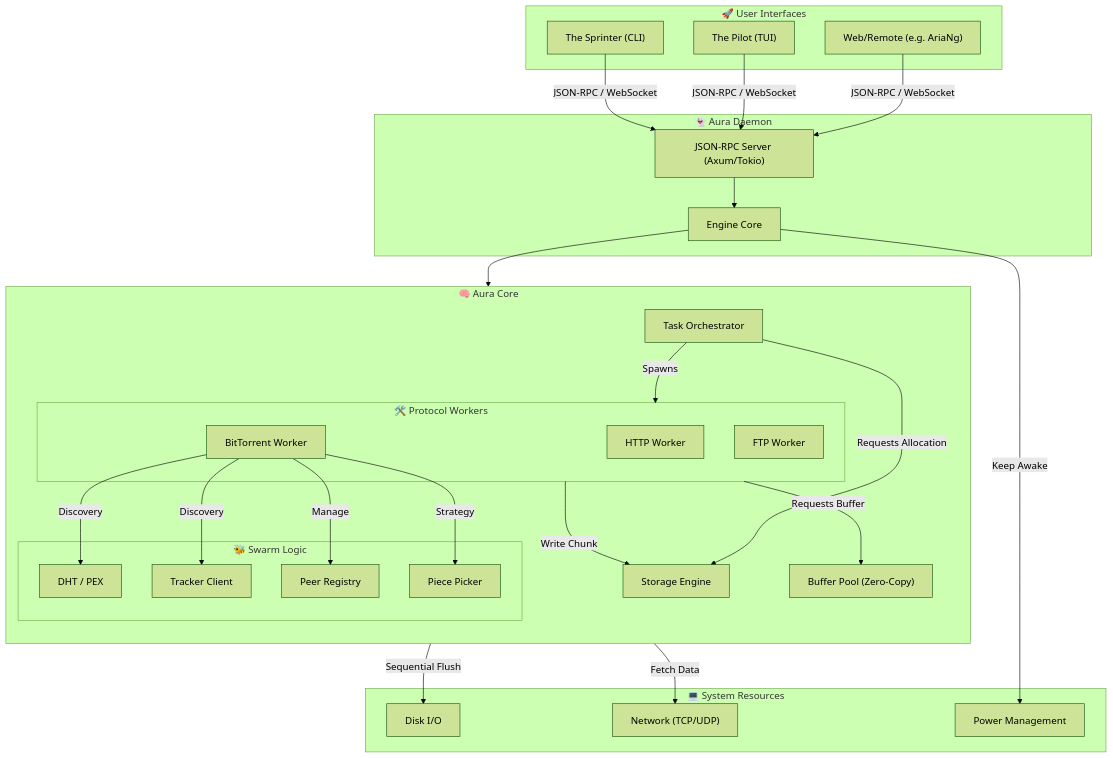
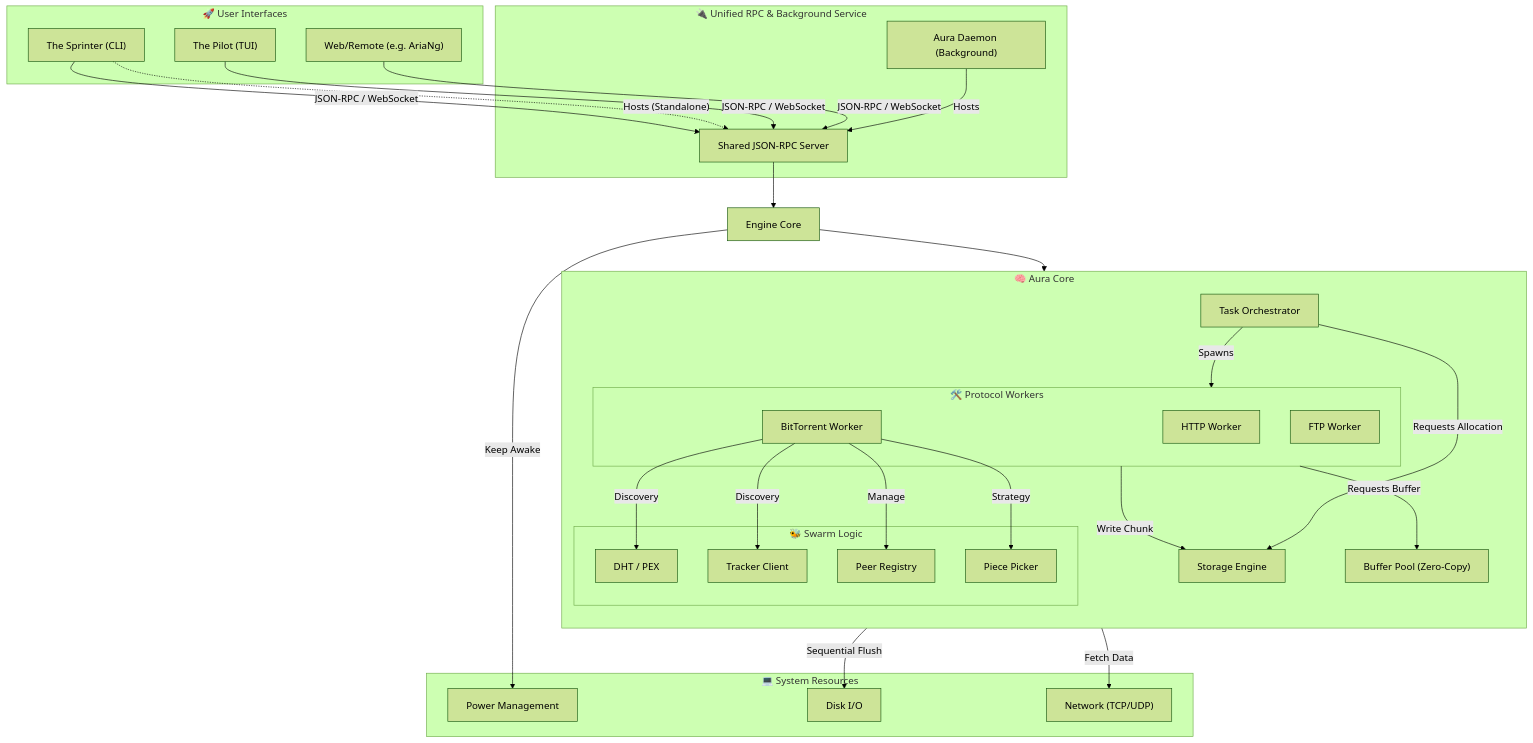
The first of 6 diagrams in aura-docs/project/ARCHITECTURE.md (ronmkr/aura), drawn with Mermaid (forest theme) before and after one commit. The commit also changed other lines of this file and 34 other files, not shown here.

````diff
--- a/aura-docs/project/ARCHITECTURE.md
+++ b/aura-docs/project/ARCHITECTURE.md
@@ -9,59 +9,61 @@
 ```mermaid
 flowchart TD
     subgraph Clients ["🚀 User Interfaces"]
         CLI["The Sprinter (CLI)"]
         TUI["The Pilot (TUI)"]
         Web["Web/Remote (e.g. AriaNg)"]
     end
 
-    subgraph Daemon ["👻 Aura Daemon"]
-        RPC["JSON-RPC Server (Axum/Tokio)"]
-        Engine["Engine Core"]
+    subgraph Unified_RPC ["🔌 Unified RPC & Background Service"]
+        Daemon["Aura Daemon (Background)"]
+        RPC["Shared JSON-RPC Server"]
     end
 
     subgraph Core ["🧠 Aura Core"]
         direction TB
         Orchestrator["Task Orchestrator"]
         Storage["Storage Engine"]
         BufferPool["Buffer Pool (Zero-Copy)"]
         
         subgraph Workers ["🛠️ Protocol Workers"]
             HTTP["HTTP Worker"]
             BT["BitTorrent Worker"]
             FTP["FTP Worker"]
         end
 
         subgraph BT_Logic ["🐝 Swarm Logic"]
             DHT["DHT / PEX"]
             Tracker["Tracker Client"]
             PeerReg["Peer Registry"]
             Picker["Piece Picker"]
         end
     end
 
     subgraph Hardware ["💻 System Resources"]
         Disk["Disk I/O"]
         Network["Network (TCP/UDP)"]
         Power["Power Management"]
     end
 
     %% Interactions
     CLI & TUI & Web -- "JSON-RPC / WebSocket" --> RPC
-    RPC --> Engine
+    Daemon -- "Hosts" --> RPC
+    CLI -. "Hosts (Standalone)" .-> RPC
+    RPC --> Engine["Engine Core"]
     Engine --> Orchestrator
     
     Orchestrator -- "Spawns" --> Workers
     Orchestrator -- "Requests Allocation" --> Storage
     
     Workers -- "Requests Buffer" --> BufferPool
     Workers -- "Fetch Data" --> Network
     Workers -- "Write Chunk" --> Storage
     
     Storage -- "Sequential Flush" --> Disk
     
     BT -- "Discovery" --> DHT & Tracker
     BT -- "Manage" --> PeerReg
     BT -- "Strategy" --> Picker
     
     Engine -- "Keep Awake" --> Power
 ```
````
